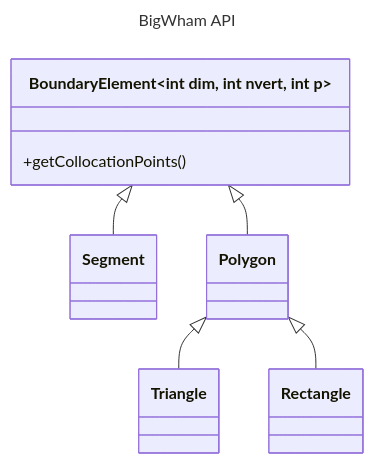
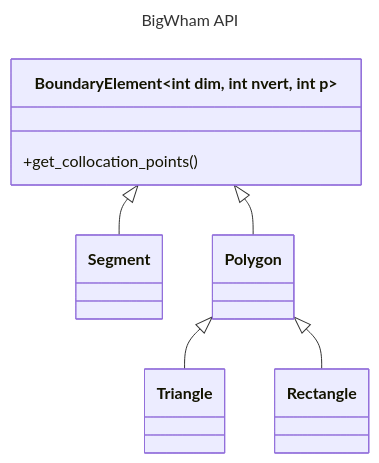
The diagram in API.md (sbrisson-sudo/BigWham_dev), drawn with Mermaid before and after one commit. The commit also changed 41 other files, not shown here.

````diff
--- a/API.md
+++ b/API.md
@@ -5,20 +5,20 @@
 ```mermaid
 ---
 title: BigWham API
 ---
 classDiagram
     class BoundaryElement~int dim, int nvert, int p~{
-        +getCollocationPoints()
+        +get_collocation_points()
     }
     class Segment{
     }
     class Triangle{
     }
     class Polygon{
     }
     BoundaryElement <|-- Segment
     BoundaryElement <|-- Polygon
     Polygon <|-- Triangle
     Polygon <|-- Rectangle
 
 ```
````
